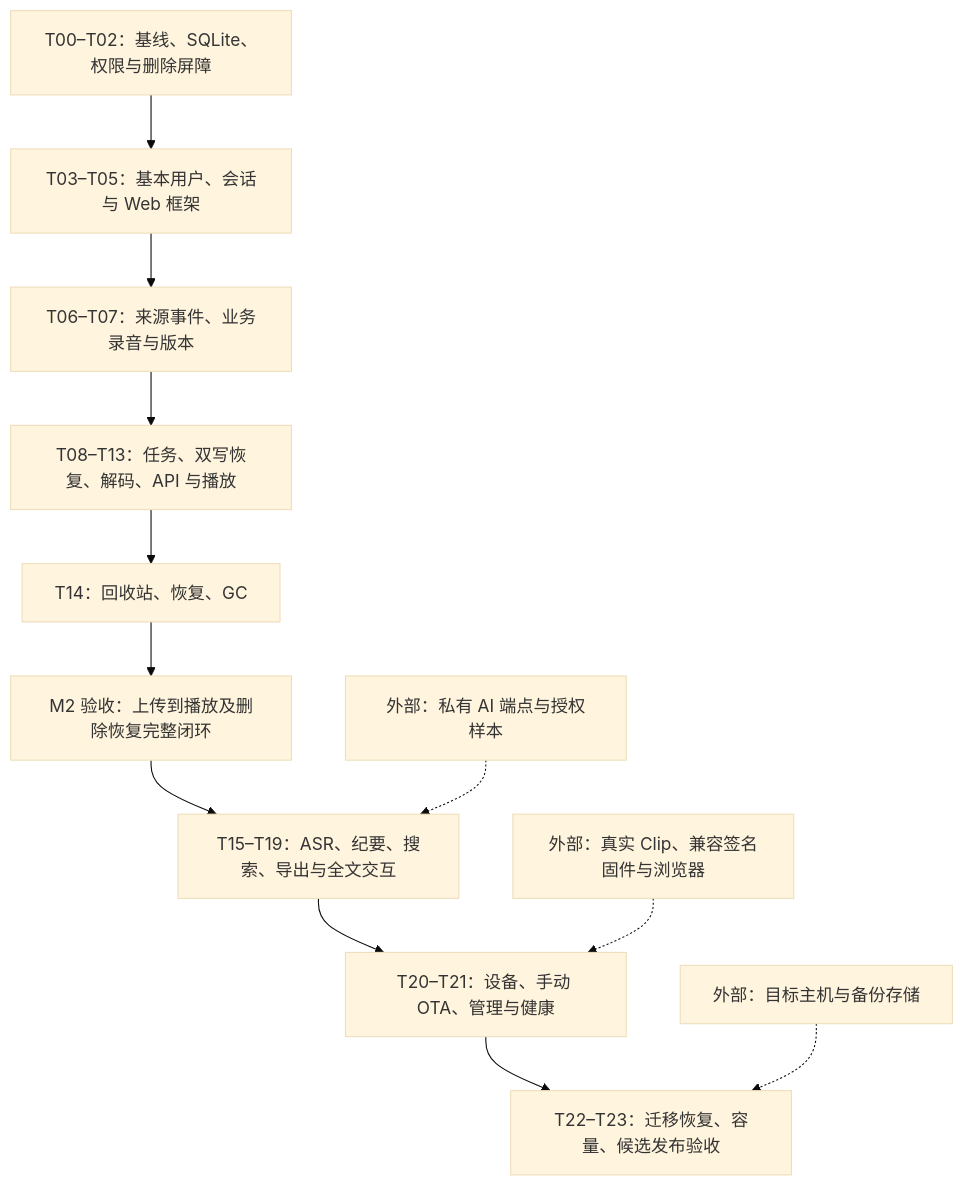
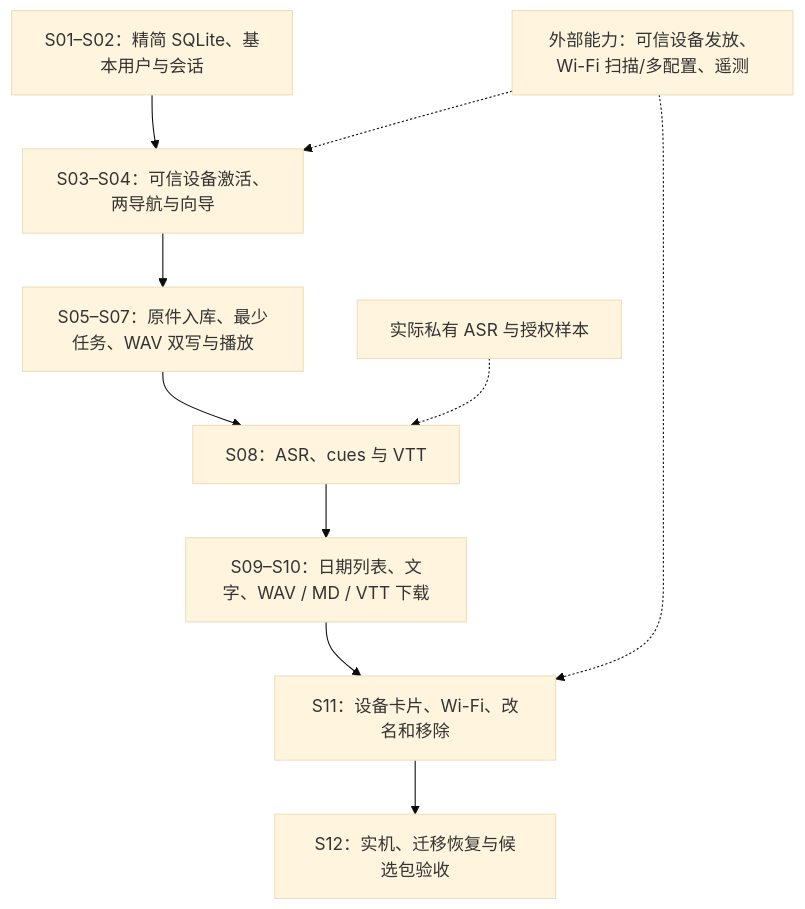
Before and after one commit to boboliu-1010/speaker: the diagram in docs/assets/diagrams/12-implementation-order.mmd, drawn with Mermaid (base theme). The commit also changed 34 other files, not shown here.

Commit message:
docs: simplify server and web scope to latest prototype with WebVTT

```diff
--- a/docs/assets/diagrams/12-implementation-order.mmd
+++ b/docs/assets/diagrams/12-implementation-order.mmd
@@ -1,14 +1,10 @@
 flowchart TB
-    A["T00–T02：基线、SQLite、权限与删除屏障"]
-    B["T03–T05：基本用户、会话与 Web 框架"]
-    C["T06–T07：来源事件、业务录音与版本"]
-    D["T08–T13：任务、双写恢复、解码、API 与播放"]
-    E["T14：回收站、恢复、GC"]
-    M2["M2 验收：上传到播放及删除恢复完整闭环"]
-    F["T15–T19：ASR、纪要、搜索、导出与全文交互"]
-    G["T20–T21：设备、手动 OTA、管理与健康"]
-    H["T22–T23：迁移恢复、容量、候选发布验收"]
-    A --> B --> C --> D --> E --> M2 --> F --> G --> H
-    AI["外部：私有 AI 端点与授权样本"] -.-> F
-    Clip["外部：真实 Clip、兼容签名固件与浏览器"] -.-> G
-    Host["外部：目标主机与备份存储"] -.-> H
+    A["S01–S02：精简 SQLite、基本用户与会话"] --> B["S03–S04：可信设备激活、两导航与向导"]
+    B --> C["S05–S07：原件入库、最少任务、WAV 双写与播放"]
+    C --> D["S08：ASR、cues 与 VTT"]
+    D --> E["S09–S10：日期列表、文字、WAV / MD / VTT 下载"]
+    E --> F["S11：设备卡片、Wi-Fi、改名和移除"]
+    F --> G["S12：实机、迁移恢复与候选包验收"]
+    Device["外部能力：可信设备发放、Wi-Fi 扫描/多配置、遥测"] -.-> B
+    Device -.-> F
+    Provider["实际私有 ASR 与授权样本"] -.-> D
```
